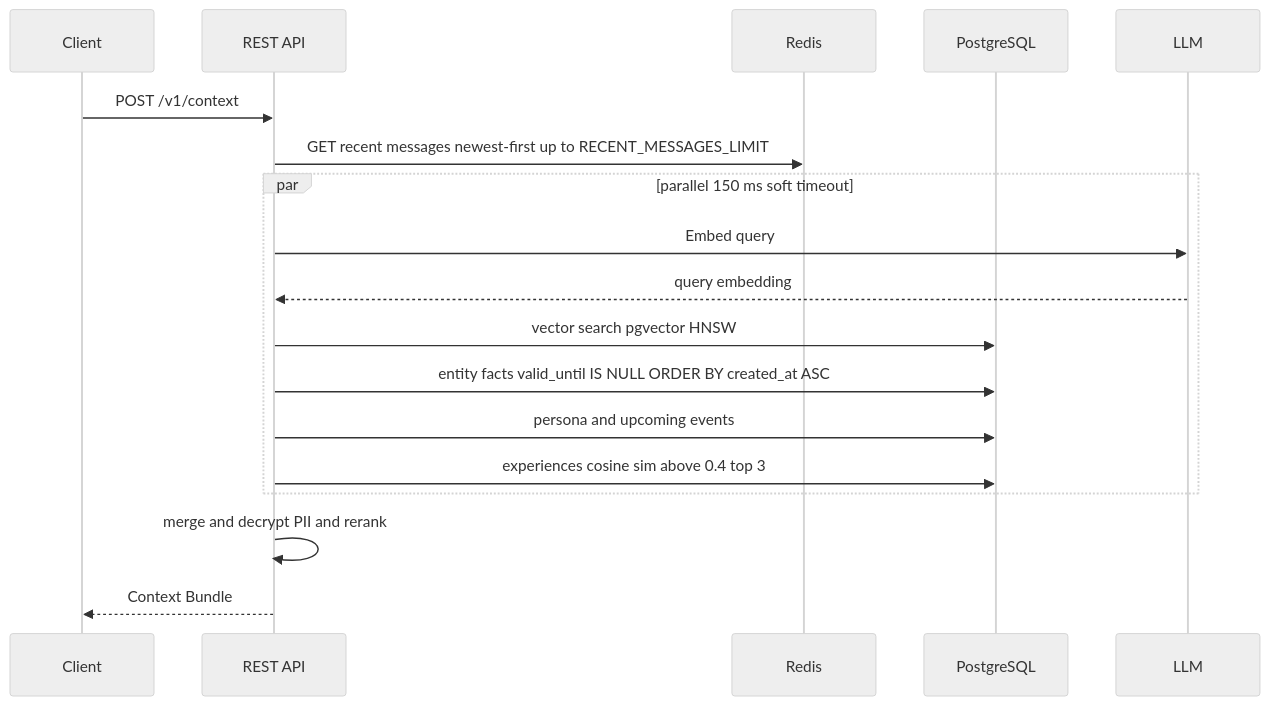
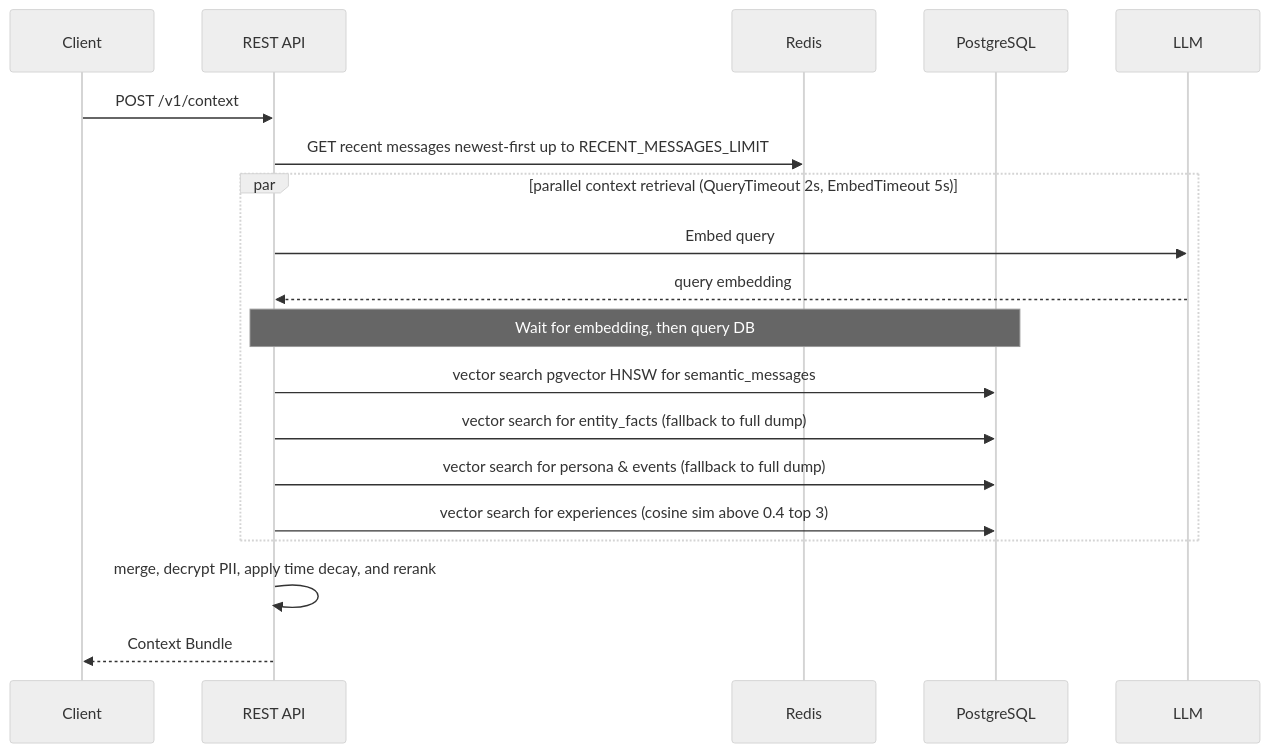
The second of 2 diagrams in README.md (ngoctuhan/Cortexa), drawn with Mermaid (neutral theme) before and after one commit. The commit also changed other lines of this file, not shown here.

````diff
--- a/README.md
+++ b/README.md
@@ -93,23 +98,25 @@
 ```mermaid
 sequenceDiagram
     participant Client
     participant API as REST API
     participant Cache as Redis
     participant DB as PostgreSQL
     participant LLM
 
     Client->>API: POST /v1/context
     API->>Cache: GET recent messages newest-first up to RECENT_MESSAGES_LIMIT
-
-    par parallel 150 ms soft timeout
+    
+    par parallel context retrieval (QueryTimeout 2s, EmbedTimeout 5s)
         API->>LLM: Embed query
         LLM-->>API: query embedding
-        API->>DB: vector search pgvector HNSW
-        API->>DB: entity facts valid_until IS NULL ORDER BY created_at ASC
-        API->>DB: persona and upcoming events
-        API->>DB: experiences cosine sim above 0.4 top 3
+        
+        note over API, DB: Wait for embedding, then query DB
+        API->>DB: vector search pgvector HNSW for semantic_messages
+        API->>DB: vector search for entity_facts (fallback to full dump)
+        API->>DB: vector search for persona & events (fallback to full dump)
+        API->>DB: vector search for experiences (cosine sim above 0.4 top 3)
     end
 
-    API->>API: merge and decrypt PII and rerank
+    API->>API: merge, decrypt PII, apply time decay, and rerank
     API-->>Client: Context Bundle
 ```
````
